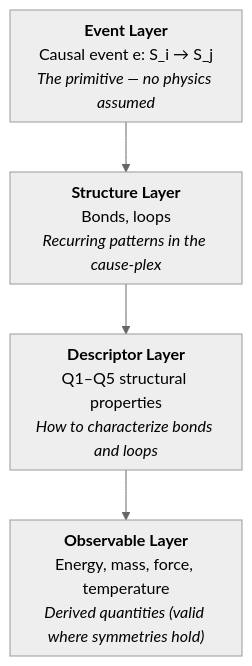
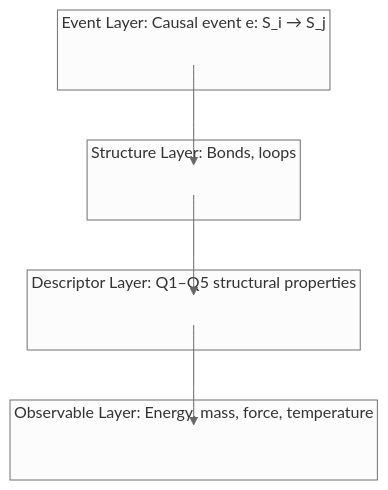
Before and after one commit to ianderrington/epiphysics: the second of 2 diagrams in docs/theory/00b_event_layer.md, drawn with Mermaid (neutral theme). The commit also changed other lines of this file and 4 other files, not shown here.

````diff
--- a/docs/theory/00b_event_layer.md
+++ b/docs/theory/00b_event_layer.md
@@ -173,13 +188,22 @@
 ```mermaid
 graph TB
-    subgraph OL["<b>Observable Layer</b><br/>Energy, mass, force, temperature<br/><i>Derived quantities (valid where symmetries hold)</i>"]
+    subgraph OL["Observable Layer: Energy, mass, force, temperature"]
+        ol[" "]
     end
-    subgraph DL["<b>Descriptor Layer</b><br/>Q1–Q5 structural properties<br/><i>How to characterize bonds and loops</i>"]
+    subgraph DL["Descriptor Layer: Q1–Q5 structural properties"]
+        dl[" "]
     end
-    subgraph SL["<b>Structure Layer</b><br/>Bonds, loops<br/><i>Recurring patterns in the cause-plex</i>"]
+    subgraph SL["Structure Layer: Bonds, loops"]
+        sl[" "]
     end
-    subgraph EL["<b>Event Layer</b><br/>Causal event e: S_i → S_j<br/><i>The primitive — no physics assumed</i>"]
+    subgraph EL["Event Layer: Causal event e: S_i → S_j"]
+        el[" "]
     end
     
-    EL --> SL --> DL --> OL
+    el --> sl --> dl --> ol
+    
+    style ol fill:none,stroke:none
+    style dl fill:none,stroke:none
+    style sl fill:none,stroke:none
+    style el fill:none,stroke:none
 ```
````
